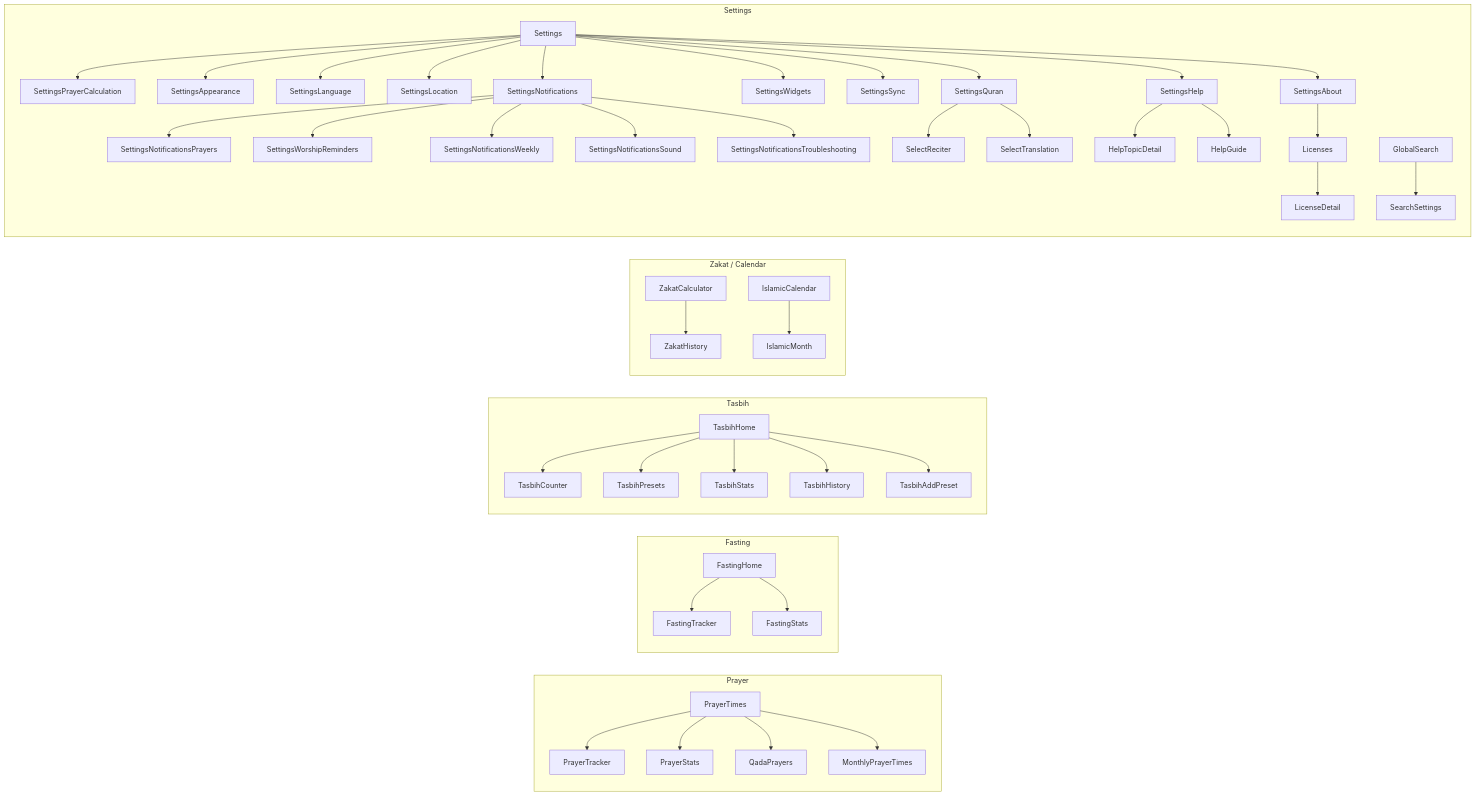
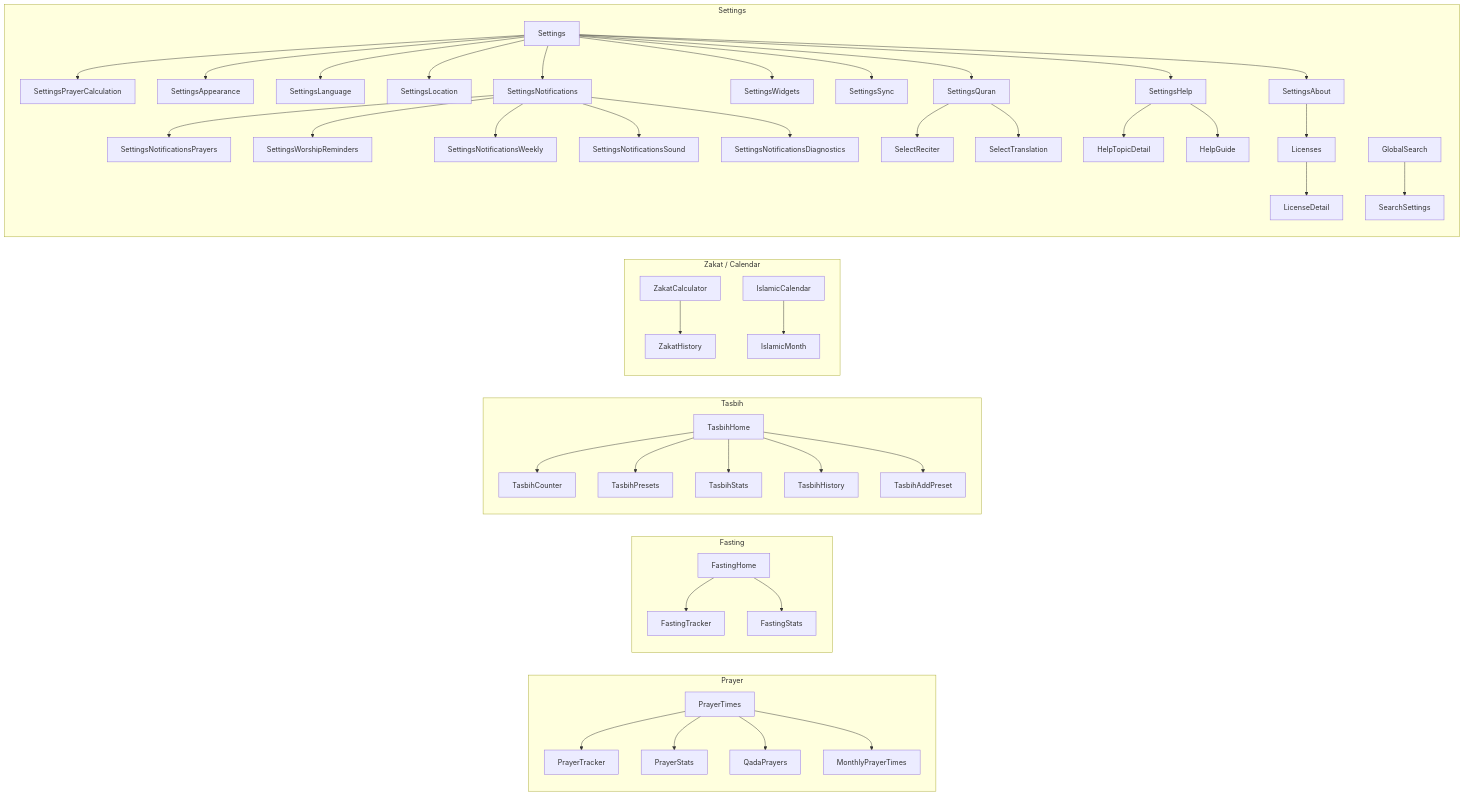
One commit to arshad-shah/Nimaz changed the third of 4 diagrams in docs/NAVIGATION.md. Above: the diagram before and after it, drawn with Mermaid. The commit also changed other lines of this file and 15 other files, not shown here.

````diff
--- a/docs/NAVIGATION.md
+++ b/docs/NAVIGATION.md
@@ -132,32 +132,32 @@
 ```mermaid
 flowchart LR
     subgraph P["Prayer"]
         PrayerTimes --> PrayerTracker & PrayerStats & QadaPrayers & MonthlyPrayerTimes
     end
 
     subgraph F["Fasting"]
         FastingHome --> FastingTracker & FastingStats
     end
 
     subgraph T["Tasbih"]
         TasbihHome --> TasbihCounter & TasbihPresets & TasbihStats & TasbihHistory & TasbihAddPreset
     end
 
     subgraph Z["Zakat / Calendar"]
         ZakatCalculator --> ZakatHistory
         IslamicCalendar --> IslamicMonth
     end
 
     subgraph S["Settings"]
         Settings --> SettingsPrayerCalculation & SettingsAppearance & SettingsLanguage
         Settings --> SettingsLocation & SettingsQuran & SettingsWidgets & SettingsSync
         Settings --> SettingsNotifications & SettingsHelp & SettingsAbout
         SettingsNotifications --> SettingsNotificationsPrayers & SettingsWorshipReminders
         SettingsNotifications --> SettingsNotificationsWeekly & SettingsNotificationsSound
-        SettingsNotifications --> SettingsNotificationsTroubleshooting
+        SettingsNotifications --> SettingsNotificationsDiagnostics
         SettingsQuran --> SelectReciter & SelectTranslation
         SettingsHelp --> HelpTopicDetail & HelpGuide
         SettingsAbout --> Licenses --> LicenseDetail
         GlobalSearch --> SearchSettings
     end
 ```
````
